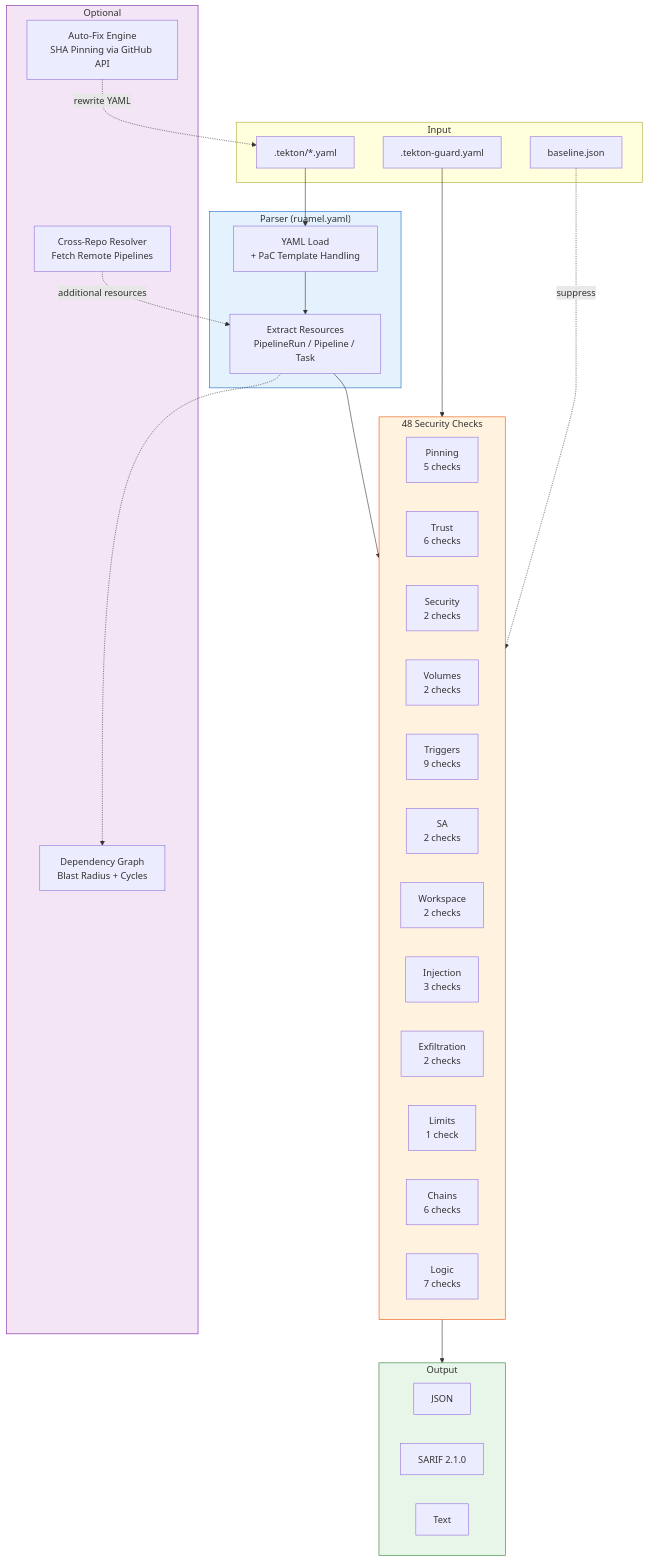
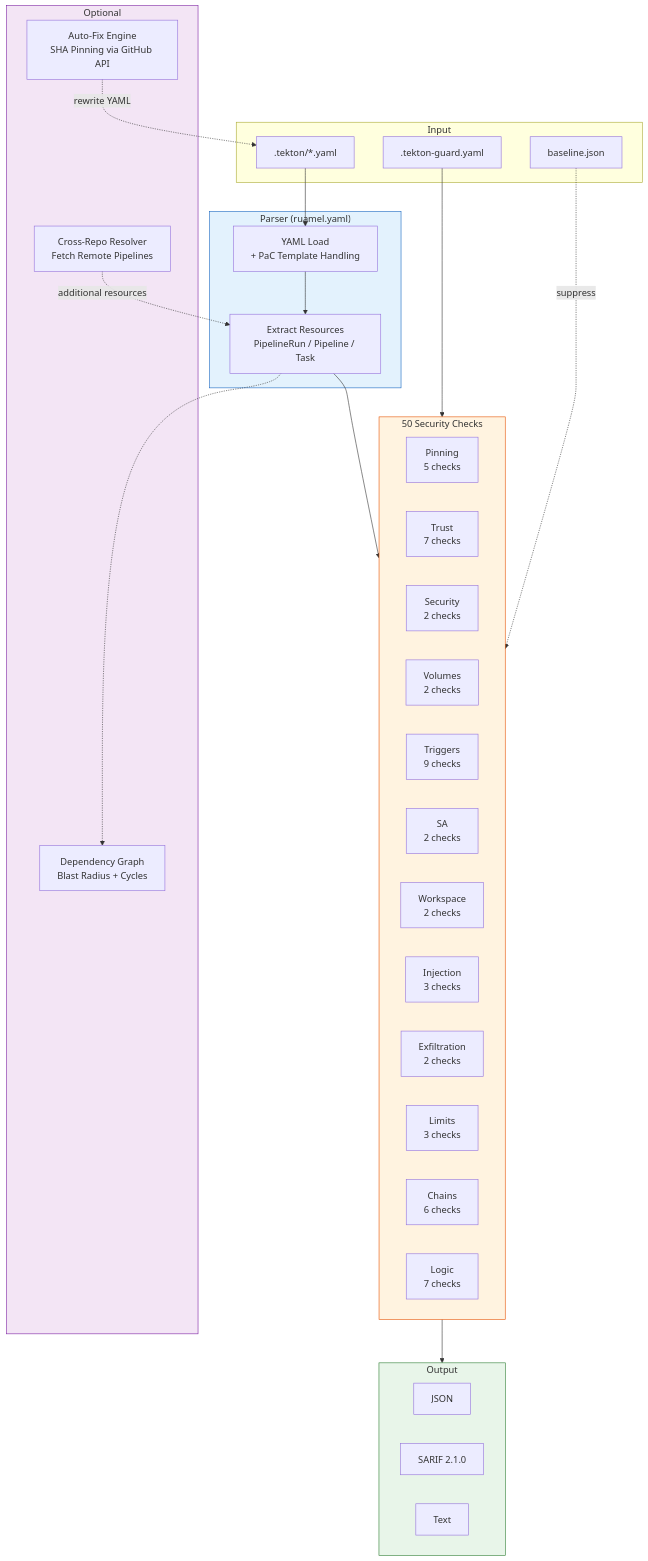
The diagram in site/docs/architecture/overview.md (ugiordan/tekton-guard), drawn with Mermaid before and after one commit. The commit also changed other lines of this file and 3 other files, not shown here.

````diff
--- a/site/docs/architecture/overview.md
+++ b/site/docs/architecture/overview.md
@@ -34,57 +34,57 @@
 ```mermaid
 graph TB
     subgraph Input
         YAML[".tekton/*.yaml"]
         CONFIG[".tekton-guard.yaml"]
         BASELINE["baseline.json"]
     end
     
     subgraph Parser["Parser (ruamel.yaml)"]
         LOAD["YAML Load<br/>+ PaC Template Handling"]
         EXTRACT["Extract Resources<br/>PipelineRun / Pipeline / Task"]
         LOAD --> EXTRACT
     end
     
-    subgraph Checks["48 Security Checks"]
+    subgraph Checks["50 Security Checks"]
         direction LR
         PIN["Pinning<br/>5 checks"]
-        TRUST["Trust<br/>6 checks"]
+        TRUST["Trust<br/>7 checks"]
         SEC["Security<br/>2 checks"]
         VOL["Volumes<br/>2 checks"]
         TRIG["Triggers<br/>9 checks"]
         SA["SA<br/>2 checks"]
         WS["Workspace<br/>2 checks"]
         RES["Injection<br/>3 checks"]
         EXFIL["Exfiltration<br/>2 checks"]
-        LIMIT["Limits<br/>1 check"]
+        LIMIT["Limits<br/>3 checks"]
         CHAIN["Chains<br/>6 checks"]
         LOGIC["Logic<br/>7 checks"]
     end
     
     subgraph Output
         JSON["JSON"]
         SARIF["SARIF 2.1.0"]
         TEXT["Text"]
     end
     
     subgraph Optional
         FIX["Auto-Fix Engine<br/>SHA Pinning via GitHub API"]
         GRAPH["Dependency Graph<br/>Blast Radius + Cycles"]
         RESOLVE["Cross-Repo Resolver<br/>Fetch Remote Pipelines"]
     end
     
     YAML --> LOAD
     CONFIG --> Checks
     BASELINE -.->|suppress| Checks
     EXTRACT --> Checks
     Checks --> Output
     
     RESOLVE -.->|additional resources| EXTRACT
     FIX -.->|rewrite YAML| YAML
     EXTRACT -.-> GRAPH
     
     style Parser fill:#e3f2fd,stroke:#1565c0
     style Checks fill:#fff3e0,stroke:#e65100
     style Output fill:#e8f5e9,stroke:#2e7d32
     style Optional fill:#f3e5f5,stroke:#7b1fa2
 ```
````
